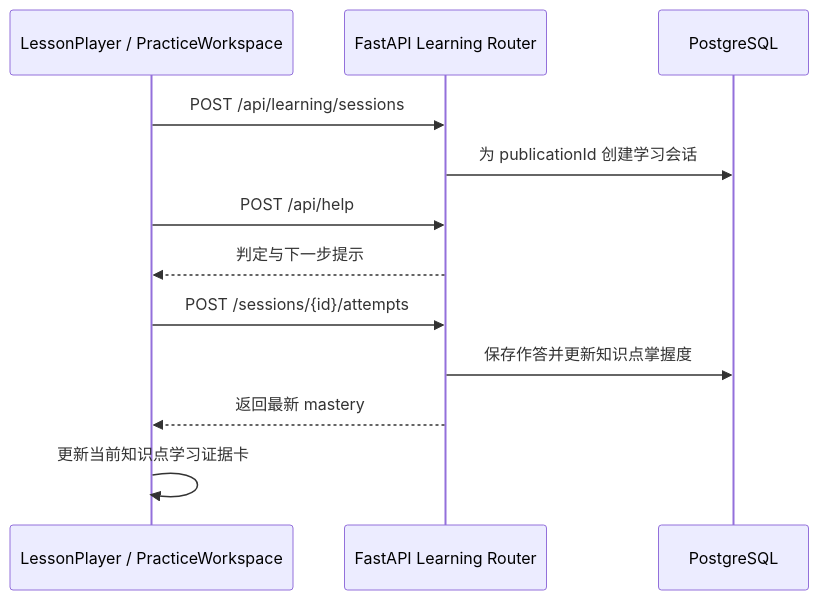
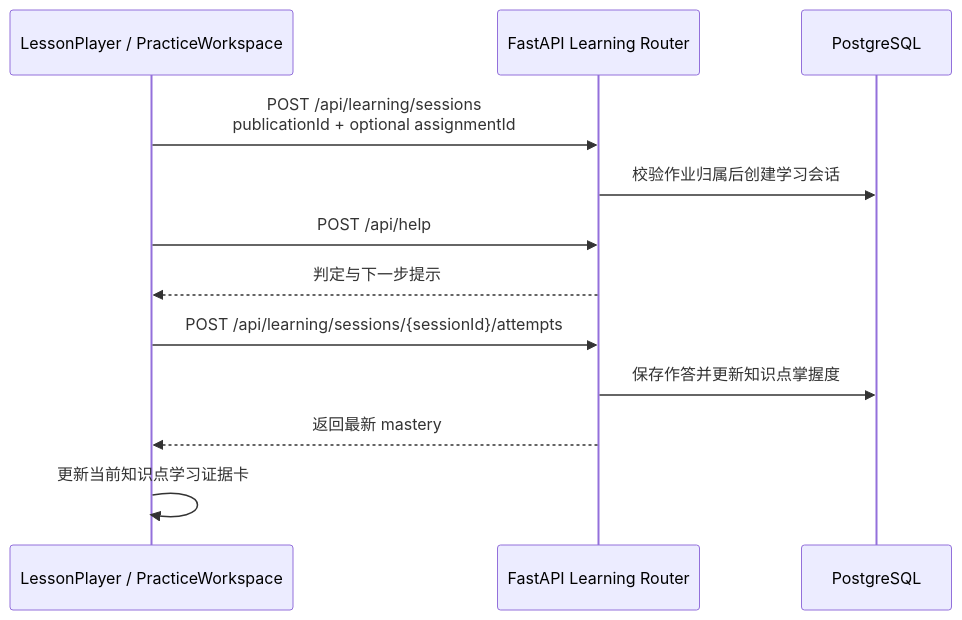
The diagram in docs/programmable-learning.md (ningkaikok/dotty-tutor), drawn with Mermaid before and after one commit. The commit also changed other lines of this file and 13 other files, not shown here.

Commit message:
docs(sync): align product and architecture documentation

````diff
--- a/docs/programmable-learning.md
+++ b/docs/programmable-learning.md
@@ -124,15 +124,15 @@
 ```mermaid
 sequenceDiagram
   participant UI as LessonPlayer / PracticeWorkspace
   participant API as FastAPI Learning Router
   participant DB as PostgreSQL
 
-  UI->>API: POST /api/learning/sessions
-  API->>DB: 为 publicationId 创建学习会话
+  UI->>API: POST /api/learning/sessions<br/>publicationId + optional assignmentId
+  API->>DB: 校验作业归属后创建学习会话
   UI->>API: POST /api/help
   API-->>UI: 判定与下一步提示
-  UI->>API: POST /sessions/{id}/attempts
+  UI->>API: POST /api/learning/sessions/{sessionId}/attempts
   API->>DB: 保存作答并更新知识点掌握度
   API-->>UI: 返回最新 mastery
   UI->>UI: 更新当前知识点学习证据卡
 ```
````
